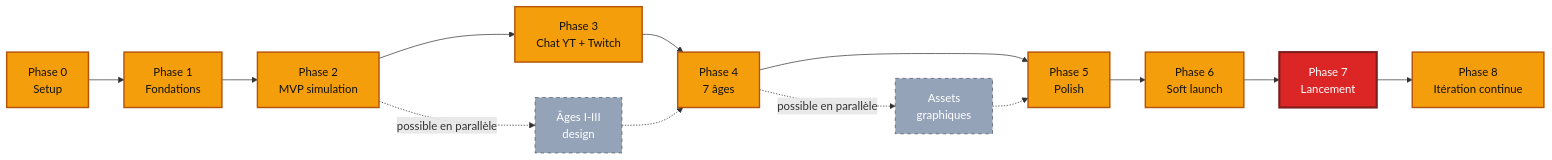
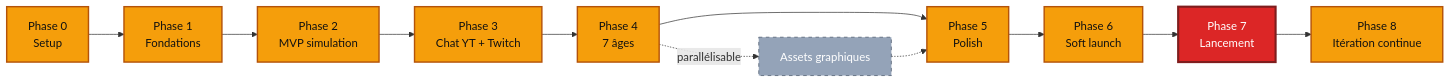
One commit to mrks2/Genesis-Live changed the second of 2 diagrams in docs/roadmap.md. Above: the diagram before and after it, drawn with Mermaid. The commit also changed other lines of this file and 1 other file, not shown here.

Commit message:
docs: détailler la roadmap par phase et inventorier les assets pixel art

````diff
--- a/docs/roadmap.md
+++ b/docs/roadmap.md
@@ -106,23 +84,21 @@
 ```mermaid
 flowchart LR
     P0["Phase 0<br/>Setup"] --> P1["Phase 1<br/>Fondations"]
     P1 --> P2["Phase 2<br/>MVP simulation"]
     P2 --> P3["Phase 3<br/>Chat YT + Twitch"]
-    P2 -.->|possible en parallèle| P4a["Âges I-III<br/>design"]
     P3 --> P4["Phase 4<br/>7 âges"]
-    P4a -.-> P4
     P4 --> P5["Phase 5<br/>Polish"]
-    P4 -.->|possible en parallèle| P5a["Assets<br/>graphiques"]
+    P4 -.->|parallélisable| P5a["Assets graphiques"]
     P5a -.-> P5
     P5 --> P6["Phase 6<br/>Soft launch"]
     P6 --> P7["Phase 7<br/>Lancement"]
     P7 --> P8["Phase 8<br/>Itération continue"]
 
     classDef core fill:#f59e0b,stroke:#b45309,color:#111,stroke-width:2px
     classDef parallel fill:#94a3b8,stroke:#475569,color:#fff,stroke-dasharray:5 5
     classDef launch fill:#dc2626,stroke:#7f1d1d,color:#fff,stroke-width:3px
 
     class P0,P1,P2,P3,P4,P5,P6,P8 core
-    class P4a,P5a parallel
+    class P5a parallel
     class P7 launch
 ```
````
